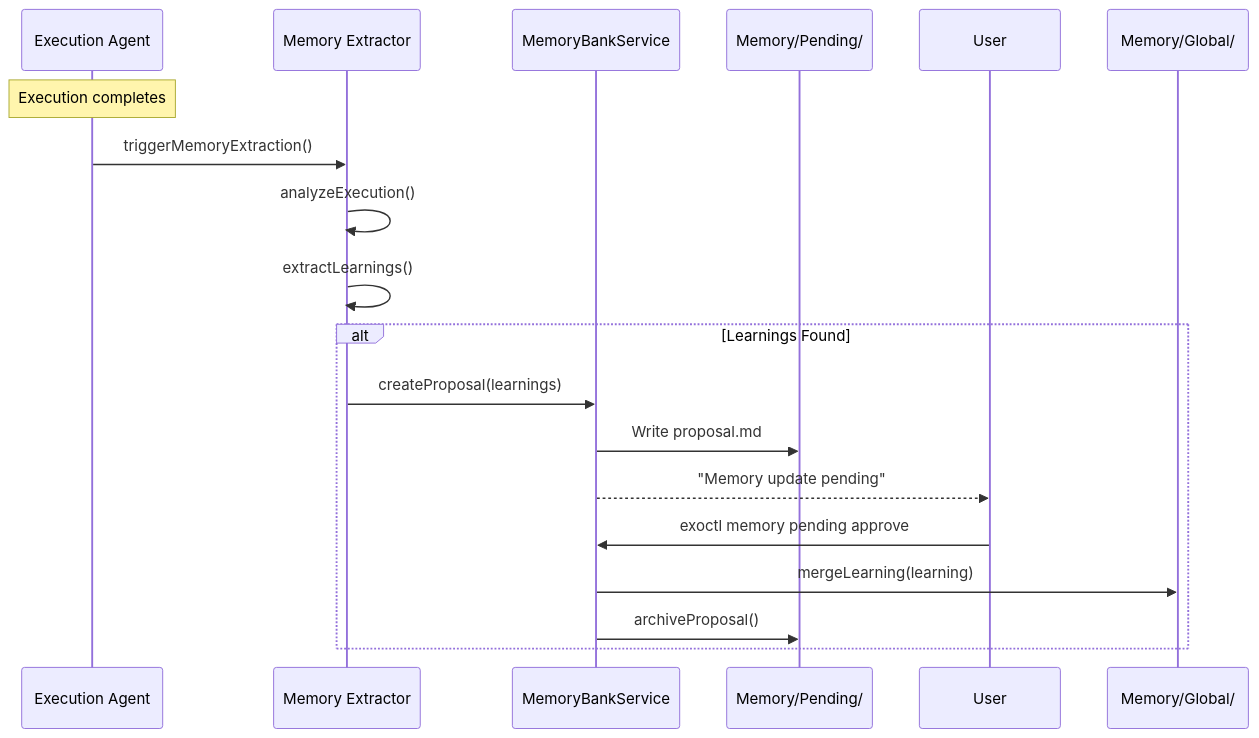
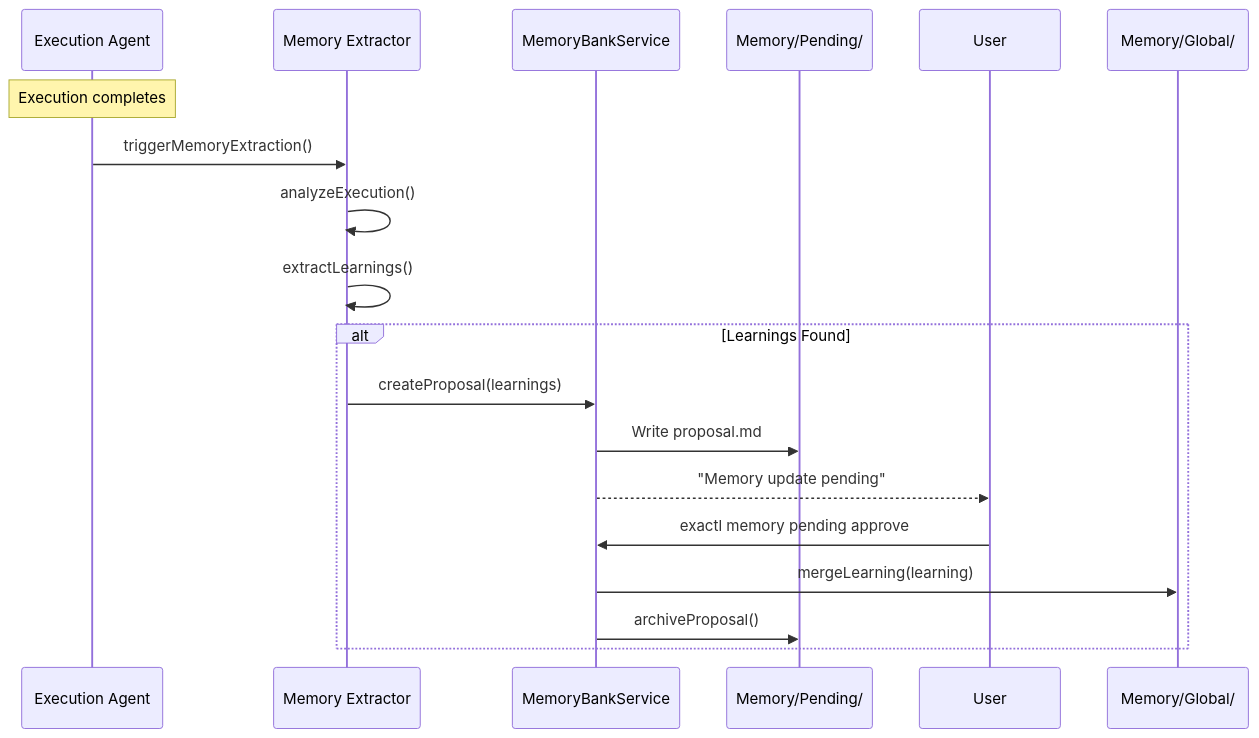
Diagram 11 of 17 in ARCHITECTURE.md (dostark/exaix-public), drawn with Mermaid before and after one commit. The commit also changed other lines of this file and 664 other files, not shown here.

````diff
--- a/ARCHITECTURE.md
+++ b/ARCHITECTURE.md
@@ -1103,25 +1103,25 @@
 ```mermaid
 sequenceDiagram
     participant Agent as Execution Agent
     participant ME as Memory Extractor
     participant MB as MemoryBankService
     participant P as Memory/Pending/
     participant U as User
     participant G as Memory/Global/
 
     Note over Agent: Execution completes
 
     Agent->>ME: triggerMemoryExtraction()
     ME->>ME: analyzeExecution()
     ME->>ME: extractLearnings()
 
     alt Learnings Found
         ME->>MB: createProposal(learnings)
         MB->>P: Write proposal.md
         MB-->>U: "Memory update pending"
 
-        U->>MB: exoctl memory pending approve
+        U->>MB: exactl memory pending approve
         MB->>G: mergeLearning(learning)
         MB->>P: archiveProposal()
     end
 ```
````
